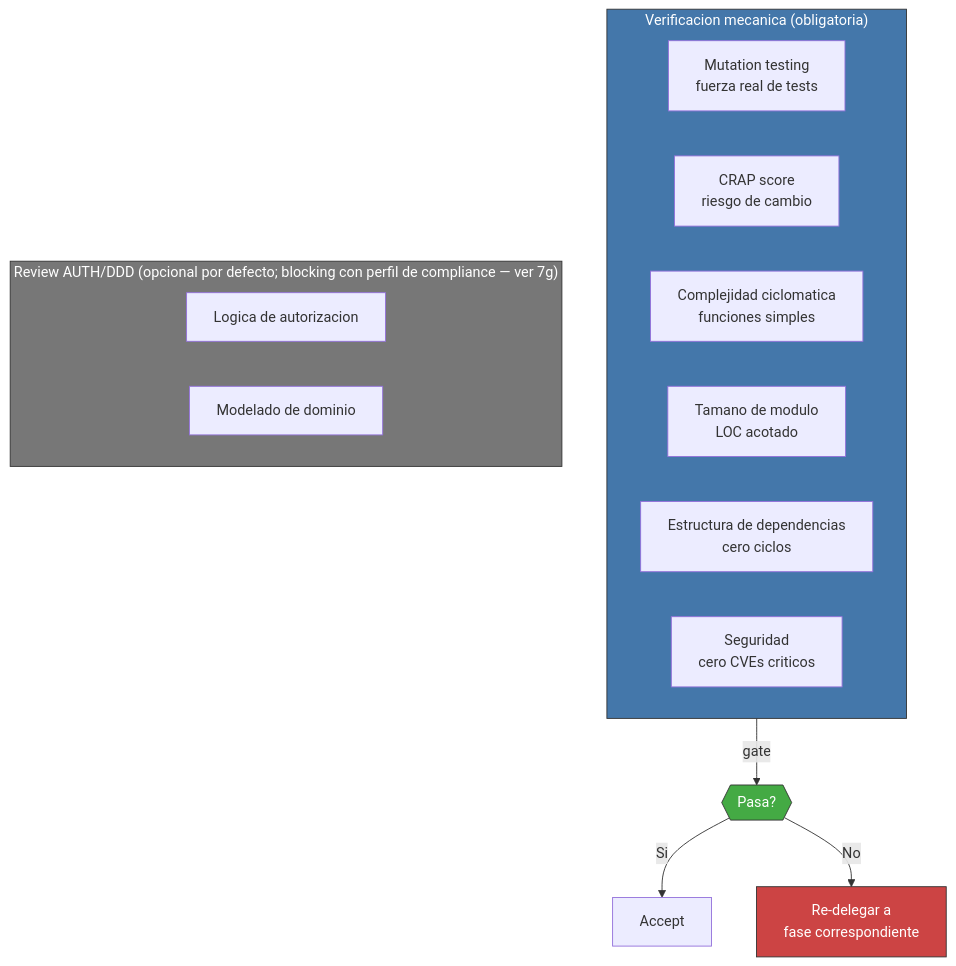
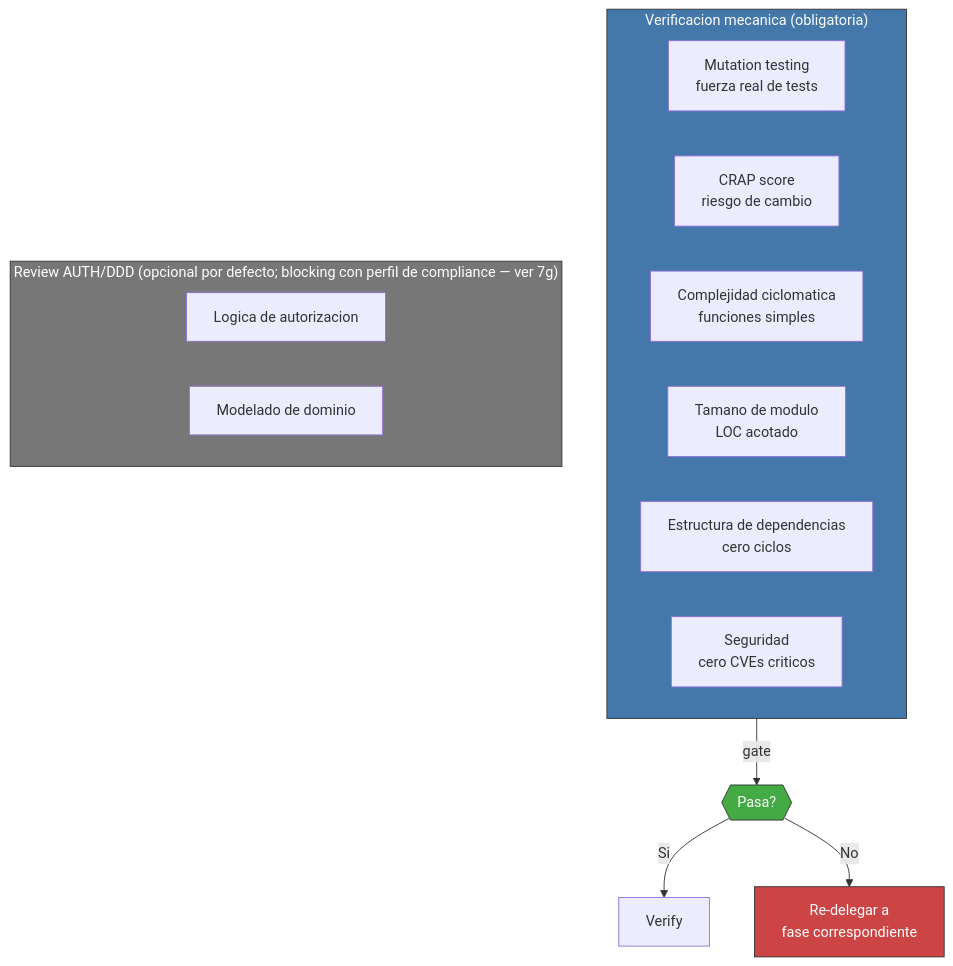
Before and after one commit to virgenherrera/virgil: diagram 41 of 48 in principia/overview.md, drawn with Mermaid. The commit also changed other lines of this file, not shown here.

````diff
--- a/principia/overview.md
+++ b/principia/overview.md
@@ -1383,25 +1527,25 @@
 ```mermaid
 flowchart TD
     subgraph MECANICO["Verificacion mecanica (obligatoria)"]
         MUT["Mutation testing\nfuerza real de tests"]
         CRAP["CRAP score\nriesgo de cambio"]
         CYCL["Complejidad ciclomatica\nfunciones simples"]
         SIZE["Tamano de modulo\nLOC acotado"]
         DEPS["Estructura de dependencias\ncero ciclos"]
         SEC["Seguridad\ncero CVEs criticos"]
     end
 
     subgraph RESIDUAL["Review AUTH/DDD (opcional por defecto; blocking con perfil de compliance — ver 7g)"]
         AUTH["Logica de autorizacion"]
         DDD["Modelado de dominio"]
     end
 
     MECANICO -->|"gate"| PASS{{"Pasa?"}}
-    PASS -->|"Si"| ACCEPT["Accept"]
+    PASS -->|"Si"| VERIFY["Verify"]
     PASS -->|"No"| BACK["Re-delegar a\nfase correspondiente"]
 
     style MECANICO fill:#47a,stroke:#333,color:#fff
     style RESIDUAL fill:#777,stroke:#333,color:#fff
     style PASS fill:#4a4,stroke:#333,color:#fff
     style BACK fill:#c44,stroke:#333,color:#fff
 ```
````
